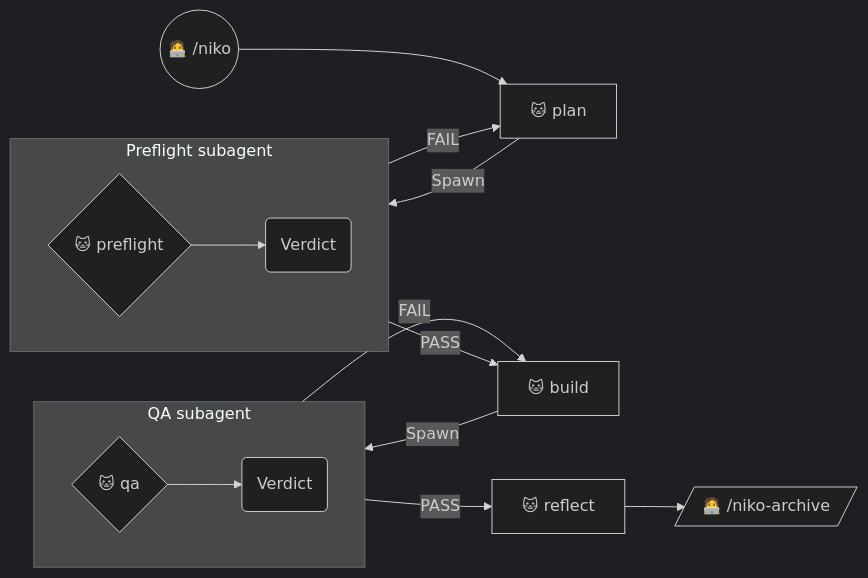
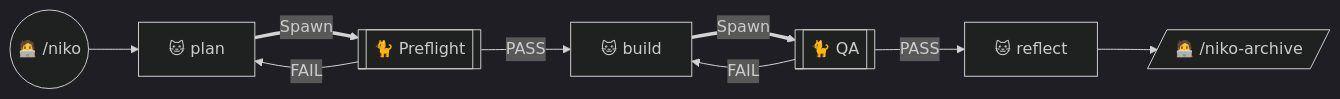
Before and after one commit to Texarkanine/.cursor-rules: the first of 6 diagrams in rulesets/niko/README.md, drawn with Mermaid (dark theme). The commit also changed other lines of this file and 21 other files, not shown here.

Commit message:
fix(niko): readable Spawn charts via Mermaid subprocess encoding (#109)

````diff
--- a/rulesets/niko/README.md
+++ b/rulesets/niko/README.md
@@ -68,19 +68,11 @@
 ```mermaid
 graph LR
 	Start(("🧑‍💻 /niko")) --> NikoPlan["🐱 plan"]
-	NikoPlan --Spawn--> NikoPreflight
-	subgraph PreflightSubagent["Preflight subagent"]
-		direction LR
-		NikoPreflight{"🐱 preflight"} --> PreflightVerdict("Verdict")
-	end
-	PreflightVerdict -->|"PASS"| NikoBuild["🐱 build"]
-	PreflightVerdict -->|"FAIL"| NikoPlan
-	NikoBuild --Spawn--> NikoQA
-	subgraph QASubagent["QA subagent"]
-		direction LR
-		NikoQA{"🐱 qa"} --> QAVerdict("Verdict")
-	end
-	QAVerdict -->|"PASS"| NikoReflect["🐱 reflect"]
+	NikoPlan ==Spawn==> NikoPreflight[["🐈 Preflight"]]
+	NikoPreflight -->|"PASS"| NikoBuild["🐱 build"]
+	NikoPreflight -->|"FAIL"| NikoPlan
+	NikoBuild ==Spawn==> NikoQA[["🐈 QA"]]
+	NikoQA -->|"PASS"| NikoReflect["🐱 reflect"]
 	NikoReflect --> ManualArchive[/"🧑‍💻 /niko-archive"/]
-	QAVerdict -->|"FAIL"| NikoBuild
+	NikoQA -->|"FAIL"| NikoBuild
 ```
````
